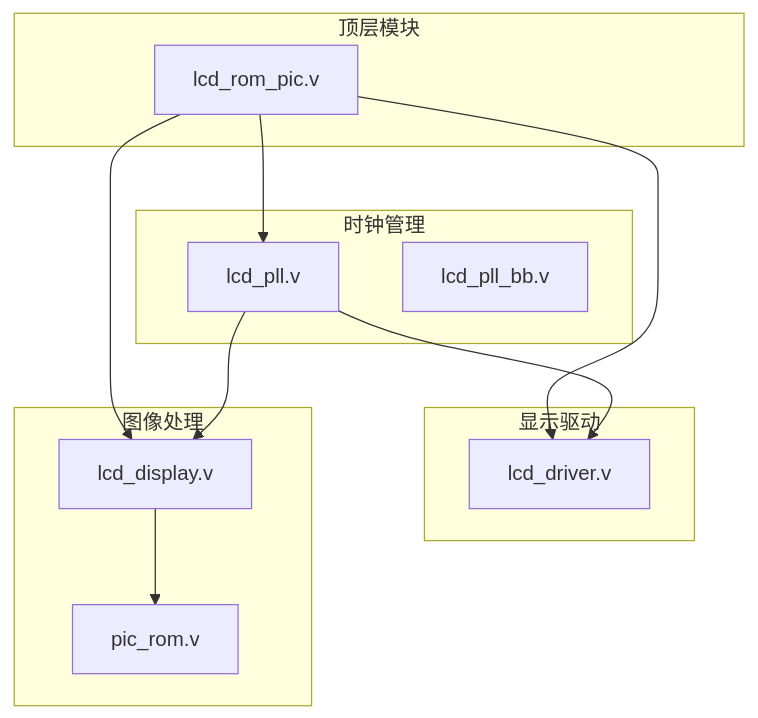
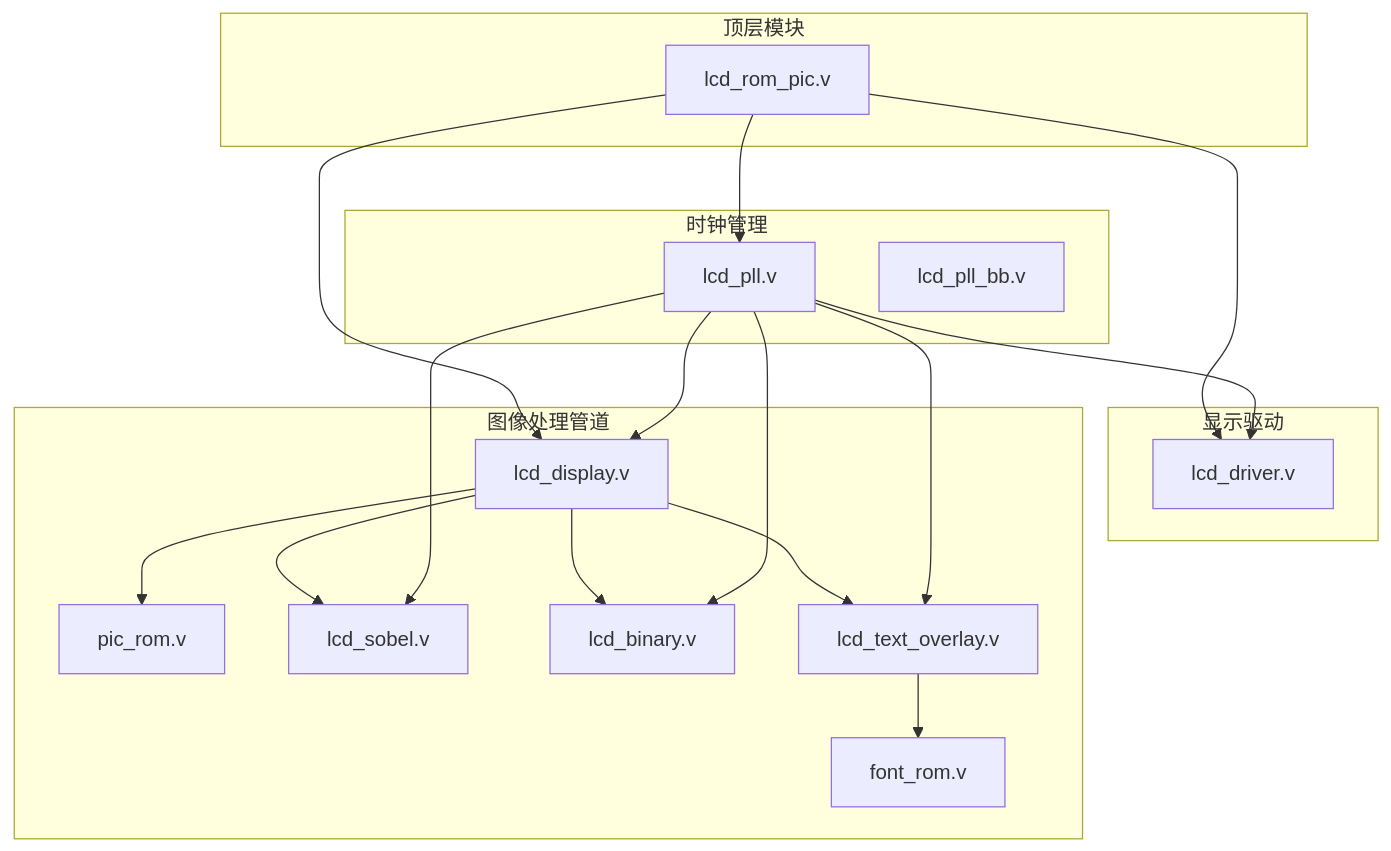
The first of 13 diagrams in .qoder/repowiki/zh/content/系统架构/显示驱动系统.md (soupherexd/LCD_ROM_PIC), drawn with Mermaid before and after one commit. The commit also changed other lines of this file and 5 other files, not shown here.

````diff
--- a/.qoder/repowiki/zh/content/系统架构/显示驱动系统.md
+++ b/.qoder/repowiki/zh/content/系统架构/显示驱动系统.md
@@ -41,23 +56,34 @@
 ```mermaid
 graph TB
 subgraph "顶层模块"
 LCD_ROM_PIC[lcd_rom_pic.v]
 end
 subgraph "时钟管理"
 LCD_PLL[lcd_pll.v]
 LCD_PLL_BB[lcd_pll_bb.v]
 end
 subgraph "显示驱动"
 LCD_DRIVER[lcd_driver.v]
 end
-subgraph "图像处理"
+subgraph "图像处理管道"
 LCD_DISPLAY[lcd_display.v]
 PIC_ROM[pic_rom.v]
+LCD_SOBEL[lcd_sobel.v]
+LCD_BINARY[lcd_binary.v]
+LCD_TEXT_OVERLAY[lcd_text_overlay.v]
+FONT_ROM[font_rom.v]
 end
 LCD_ROM_PIC --> LCD_PLL
 LCD_ROM_PIC --> LCD_DRIVER
 LCD_ROM_PIC --> LCD_DISPLAY
 LCD_DISPLAY --> PIC_ROM
+LCD_DISPLAY --> LCD_SOBEL
+LCD_DISPLAY --> LCD_BINARY
+LCD_DISPLAY --> LCD_TEXT_OVERLAY
+LCD_TEXT_OVERLAY --> FONT_ROM
 LCD_PLL --> LCD_DRIVER
 LCD_PLL --> LCD_DISPLAY
+LCD_PLL --> LCD_SOBEL
+LCD_PLL --> LCD_BINARY
+LCD_PLL --> LCD_TEXT_OVERLAY
 ```
````
